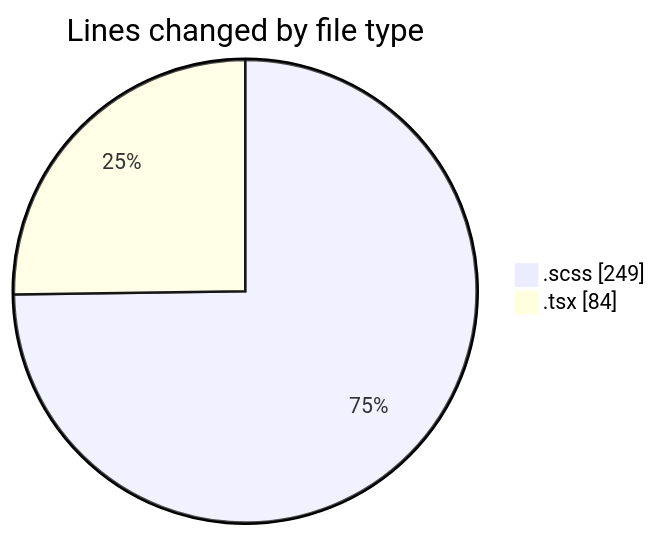
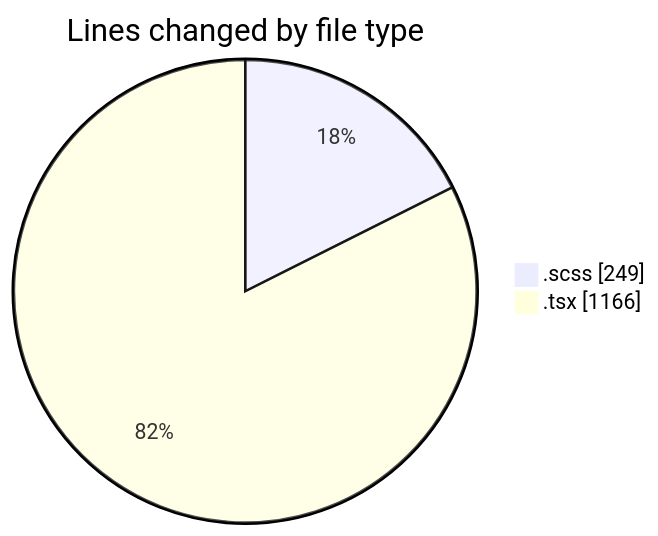
Before and after one commit to momahboobian/code-tracking: the first of 2 diagrams in 2025-09-26/cda/README.md, drawn with Mermaid. The commit also changed other lines of this file and 1 other file, not shown here.

````diff
--- a/2025-09-26/cda/README.md
+++ b/2025-09-26/cda/README.md
@@ -21,6 +22,6 @@
 ```mermaid
 pie showData
 title Lines changed by file type
 ".scss" : 249
-".tsx" : 84
+".tsx" : 1166
 ```
````
